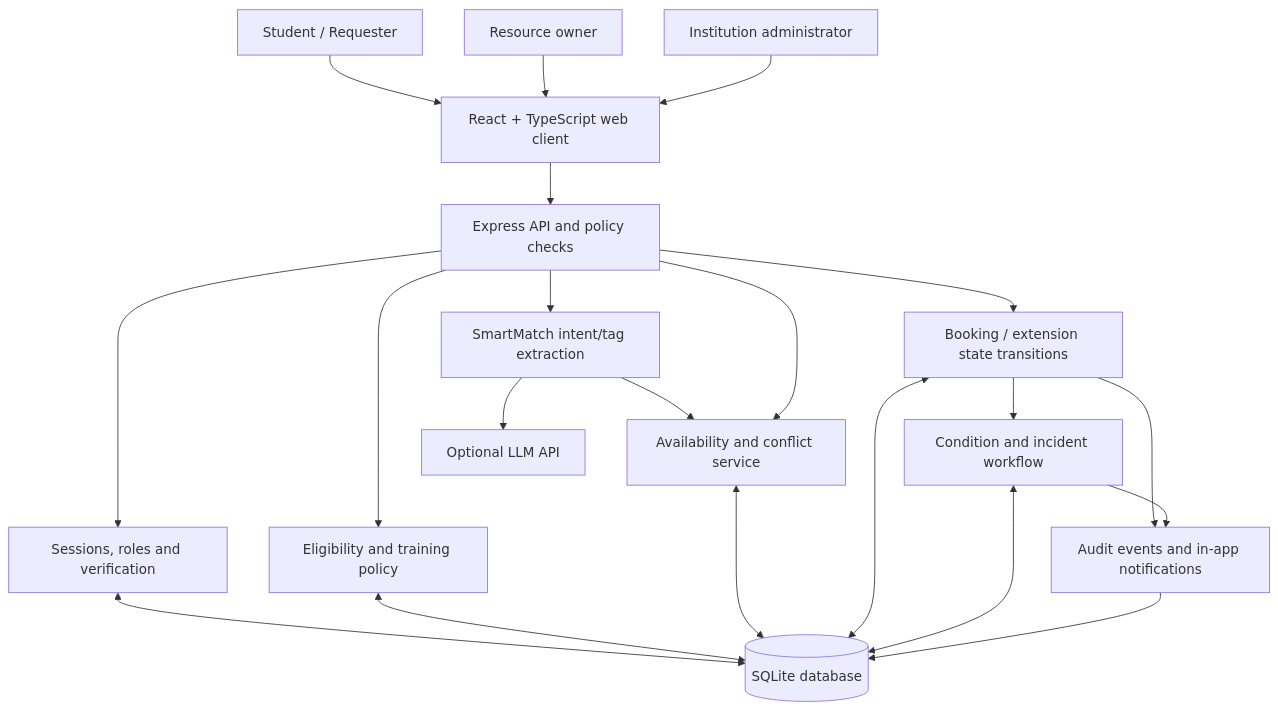
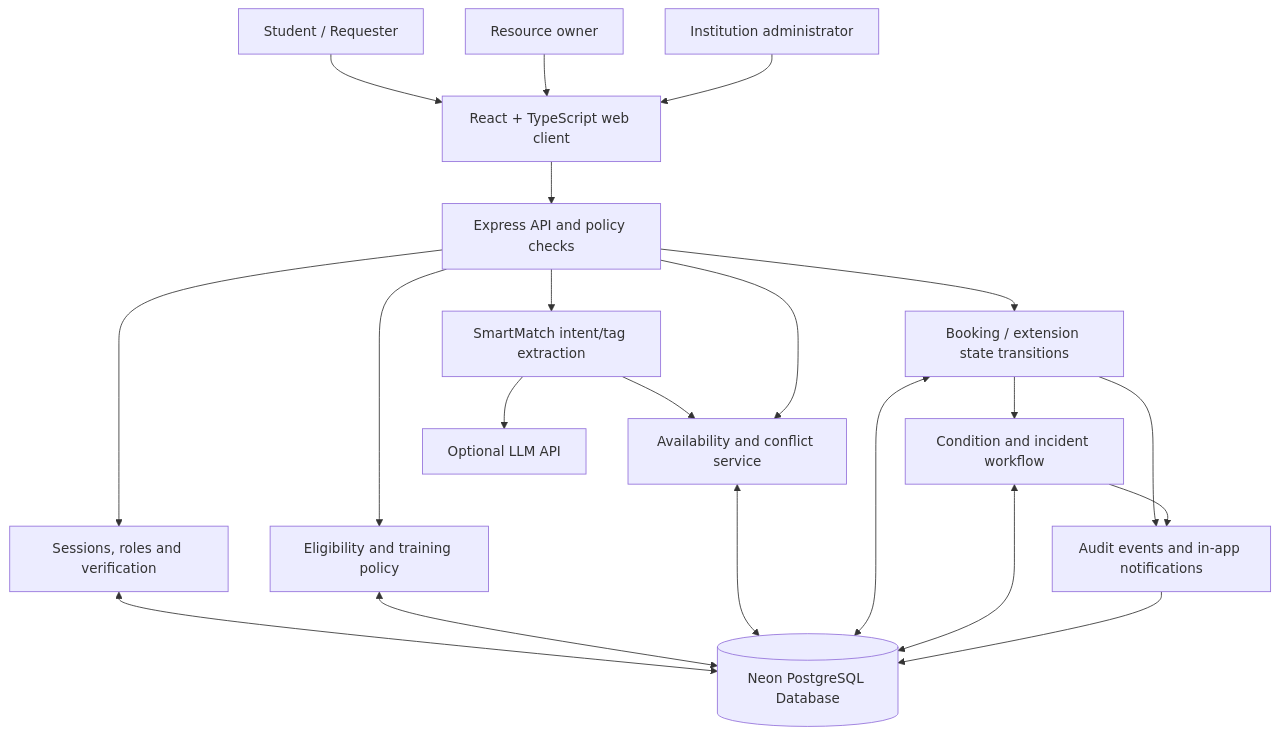
The diagram in docs/ARCHITECTURE.md (pradyumna0222/CampusShare-X), drawn with Mermaid before and after one commit. The commit also changed other lines of this file and 16 other files, not shown here.

Commit message:
feat: migrate from SQLite to PostgreSQL with Neon and Render Free deployment

````diff
--- a/docs/ARCHITECTURE.md
+++ b/docs/ARCHITECTURE.md
@@ -5,38 +5,38 @@
 ```mermaid
 flowchart TB
     U[Student / Requester]
     O[Resource owner]
     A[Institution administrator]
     WEB[React + TypeScript web client]
     API[Express API and policy checks]
     AUTH[Sessions, roles and verification]
     SM[SmartMatch intent/tag extraction]
     ELIG[Eligibility and training policy]
     SLOT[Availability and conflict service]
     FLOW[Booking / extension state transitions]
     INC[Condition and incident workflow]
-    DB[(SQLite database)]
+    DB[(Neon PostgreSQL Database)]
     AUD[Audit events and in-app notifications]
     LLM[Optional LLM API]
 
     U --> WEB
     O --> WEB
     A --> WEB
     WEB --> API
     API --> AUTH
     API --> SM
     SM --> LLM
     SM --> SLOT
     API --> ELIG
     API --> SLOT
     API --> FLOW
     FLOW --> INC
     AUTH <--> DB
     ELIG <--> DB
     SLOT <--> DB
     FLOW <--> DB
     INC <--> DB
     FLOW --> AUD
     INC --> AUD
     AUD --> DB
 ```
````
